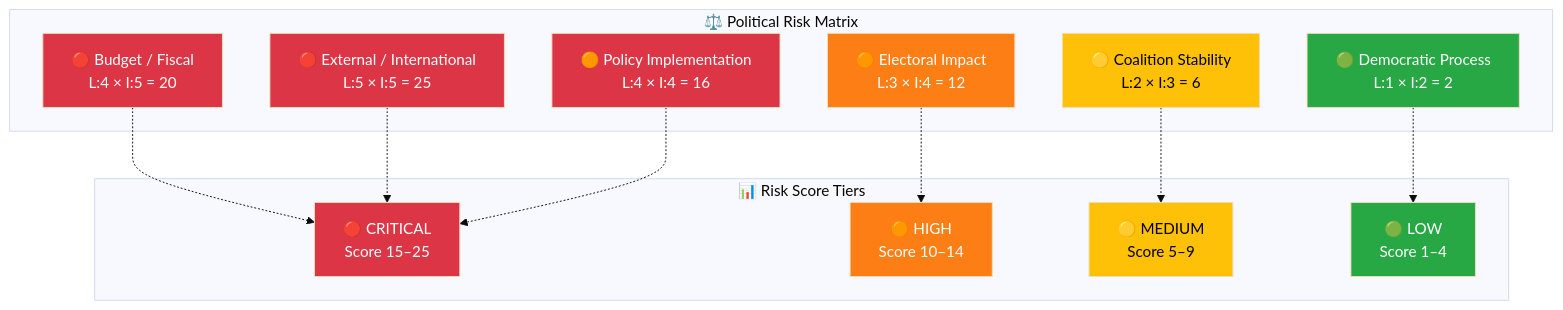
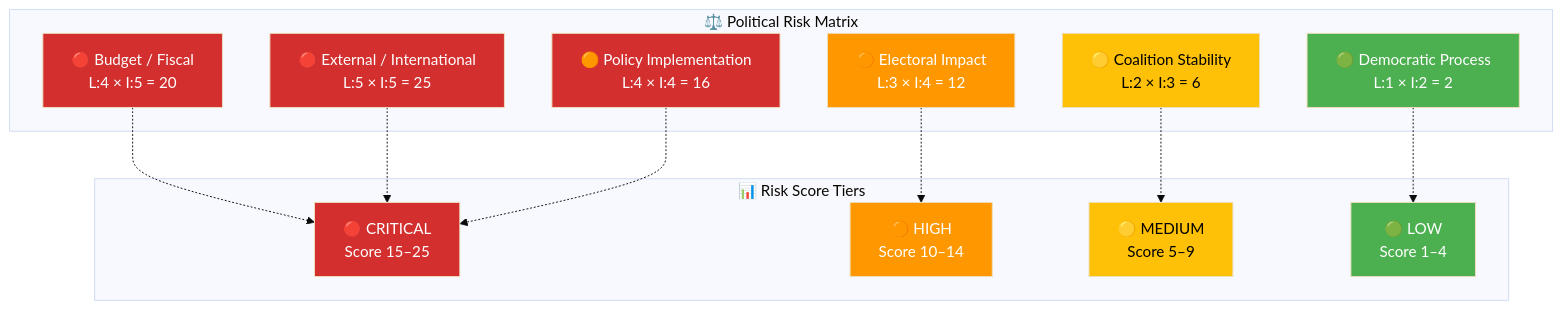
One commit to Hack23/riksdagsmonitor changed the third of 3 diagrams in analysis/daily/2026-04-02/realtime-1428/documents/oil-reserves-analysis.md. Above: the diagram before and after it, drawn with Mermaid (base theme). The commit also changed other lines of this file and 785 other files, not shown here.

First line of the commit message:
Normalize mermaid colors across 786 analysis artifacts to ISMS Style Guide palette

````diff
--- a/analysis/daily/2026-04-02/realtime-1428/documents/oil-reserves-analysis.md
+++ b/analysis/daily/2026-04-02/realtime-1428/documents/oil-reserves-analysis.md
@@ -97,36 +97,36 @@
 ```mermaid
 graph TD
     subgraph "⚖️ Political Risk Matrix"
         R1["🟡 Coalition Stability<br/>L:2 × I:3 = 6"]
         R2["🟠 Policy Implementation<br/>L:4 × I:4 = 16"]
         R3["🔴 Budget / Fiscal<br/>L:4 × I:5 = 20"]
         R4["🟠 Electoral Impact<br/>L:3 × I:4 = 12"]
         R5["🟢 Democratic Process<br/>L:1 × I:2 = 2"]
         R6["🔴 External / International<br/>L:5 × I:5 = 25"]
     end
 
     subgraph "📊 Risk Score Tiers"
         T1["🔴 CRITICAL<br/>Score 15–25"]
         T2["🟠 HIGH<br/>Score 10–14"]
         T3["🟡 MEDIUM<br/>Score 5–9"]
         T4["🟢 LOW<br/>Score 1–4"]
     end
 
     R3 -.-> T1
     R6 -.-> T1
     R2 -.-> T1
     R4 -.-> T2
     R1 -.-> T3
     R5 -.-> T4
 
-    style R1 fill:#ffc107,color:#000
-    style R2 fill:#dc3545,color:#fff
-    style R3 fill:#dc3545,color:#fff
-    style R4 fill:#fd7e14,color:#fff
-    style R5 fill:#28a745,color:#fff
-    style R6 fill:#dc3545,color:#fff
-    style T1 fill:#dc3545,color:#fff
-    style T2 fill:#fd7e14,color:#fff
-    style T3 fill:#ffc107,color:#000
-    style T4 fill:#28a745,color:#fff
+    style R1 fill:#FFC107,color:#000000
+    style R2 fill:#D32F2F,color:#FFFFFF
+    style R3 fill:#D32F2F,color:#FFFFFF
+    style R4 fill:#FF9800,color:#FFFFFF
+    style R5 fill:#4CAF50,color:#FFFFFF
+    style R6 fill:#D32F2F,color:#FFFFFF
+    style T1 fill:#D32F2F,color:#FFFFFF
+    style T2 fill:#FF9800,color:#FFFFFF
+    style T3 fill:#FFC107,color:#000000
+    style T4 fill:#4CAF50,color:#FFFFFF
 ```
````
